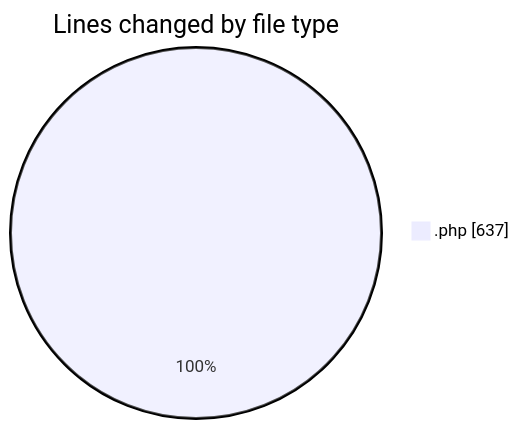
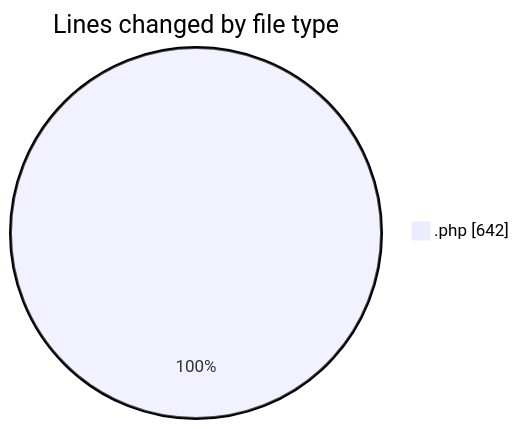
One commit to LanceThiago/code-tracking changed the first of 2 diagrams in 2025-10-03/totem2/README.md. Above: the diagram before and after it, drawn with Mermaid. The commit also changed other lines of this file and 1 other file, not shown here.

````diff
--- a/2025-10-03/totem2/README.md
+++ b/2025-10-03/totem2/README.md
@@ -21,5 +21,5 @@
 ```mermaid
 pie showData
 title Lines changed by file type
-".php" : 637
+".php" : 642
 ```
````
